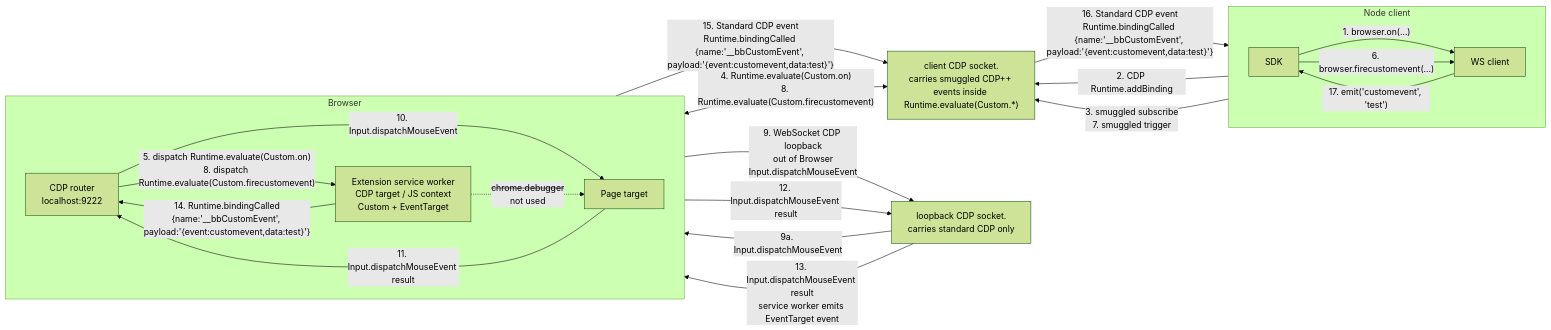
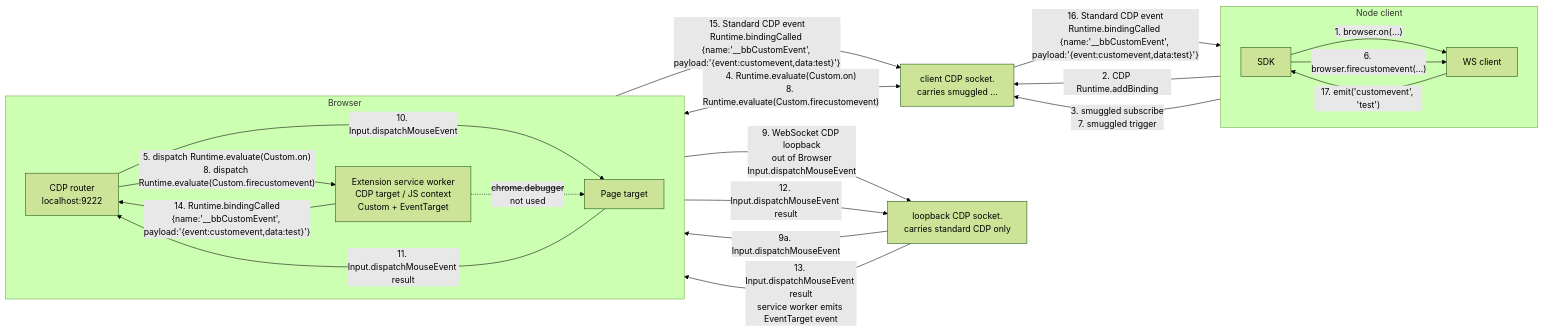
Before and after one commit to pirate/chrome-cdp-extension-bridge: the fourth of 4 diagrams in README.md, drawn with Mermaid (forest theme). The commit also changed other lines of this file, not shown here.

Commit message:
Use provided socket labels

````diff
--- a/README.md
+++ b/README.md
@@ -141,36 +141,36 @@
 ```mermaid
 flowchart LR
   subgraph Node["Node client"]
     direction LR
     SDK["SDK"]
     WS["WS client"]
     SDK -->|"1. browser.on(...)"| WS
     SDK -->|"6. browser.firecustomevent(...)"| WS
   end
 
   subgraph Browser["Browser"]
     direction LR
     CDP["CDP router<br/>localhost:9222"]
     SW["Extension service worker<br/>CDP target / JS context<br/>Custom + EventTarget"]
     Page["Page target"]
     CDP -->|"5. dispatch Runtime.evaluate(Custom.on)<br/>8. dispatch Runtime.evaluate(Custom.firecustomevent)"| SW
     CDP -->|"10. Input.dispatchMouseEvent"| Page
     Page -->|"11. Input.dispatchMouseEvent result"| CDP
     SW -. "<s>chrome.debugger</s><br/>not used" .-> Page
   end
 
-  ClientSocket["client CDP socket.<br/>carries smuggled CDP++ events inside Runtime.evaluate(Custom.*)"]
+  ClientSocket["client CDP socket.<br/>carries smuggled ..."]
   LoopbackSocket["loopback CDP socket.<br/>carries standard CDP only"]
 
   WS -->|"2. CDP Runtime.addBinding"| ClientSocket
   WS -->|"3. smuggled subscribe<br/>7. smuggled trigger"| ClientSocket
   ClientSocket <-->|"4. Runtime.evaluate(Custom.on)<br/>8. Runtime.evaluate(Custom.firecustomevent)"| CDP
   SW -->|"9. WebSocket CDP loopback<br/>out of Browser<br/>Input.dispatchMouseEvent"| LoopbackSocket
   LoopbackSocket -->|"9a. Input.dispatchMouseEvent"| CDP
   CDP -->|"12. Input.dispatchMouseEvent result"| LoopbackSocket
   LoopbackSocket -->|"13. Input.dispatchMouseEvent result<br/>service worker emits EventTarget event"| SW
   SW -->|"14. Runtime.bindingCalled<br/>{name:'__bbCustomEvent', payload:'{event:customevent,data:test}'}"| CDP
   CDP -->|"15. Standard CDP event<br/>Runtime.bindingCalled {name:'__bbCustomEvent', payload:'{event:customevent,data:test}'}"| ClientSocket
   ClientSocket -->|"16. Standard CDP event<br/>Runtime.bindingCalled {name:'__bbCustomEvent', payload:'{event:customevent,data:test}'}"| WS
   WS -->|"17. emit('customevent', 'test')"| SDK
 ```
````
